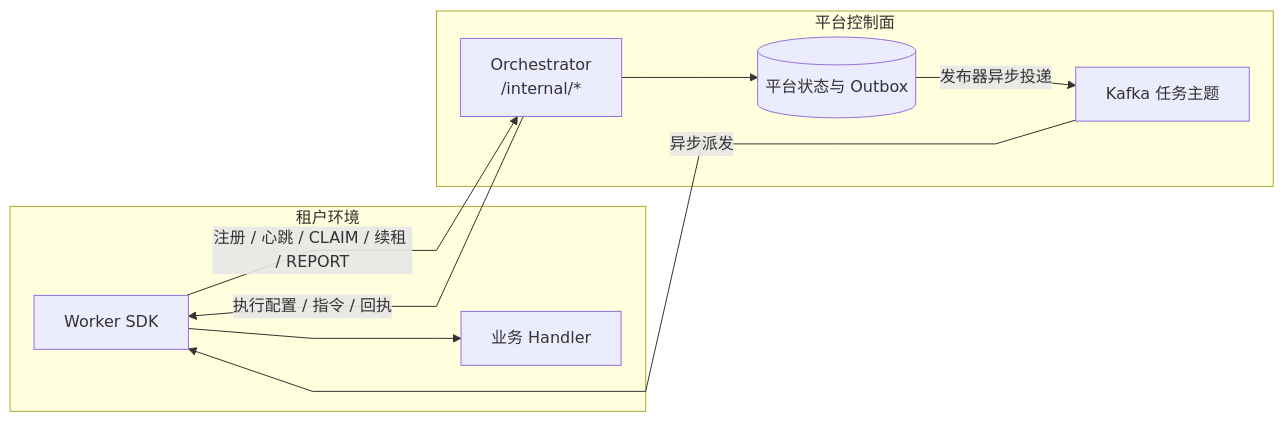
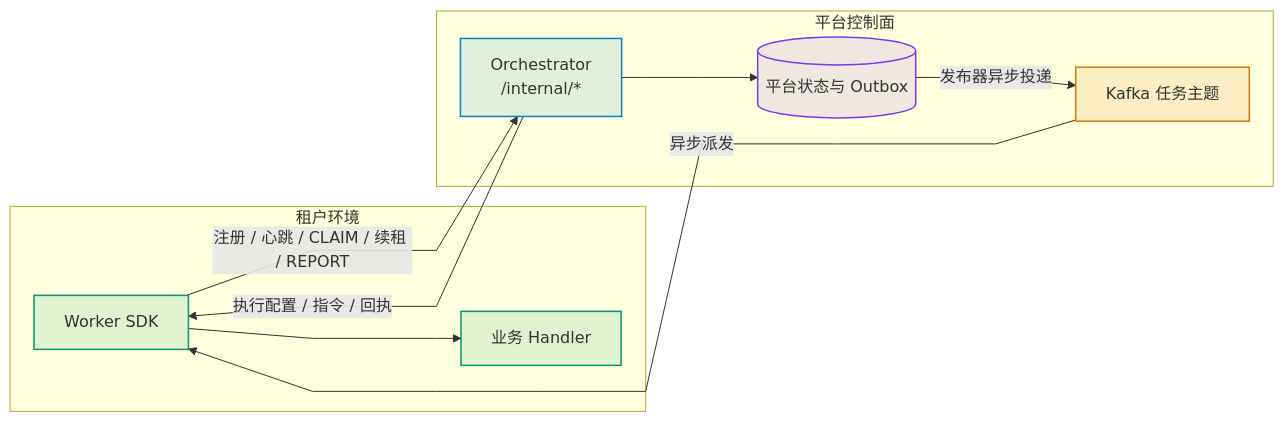
One commit to pinpols/file-batch-system changed the diagram in docs/sdk/wire-protocol.md. Above: the diagram before and after it, drawn with Mermaid. The commit also changed 34 other files, not shown here.

First line of the commit message:
docs(diagram): 完成 P3 Mermaid 图样式收口并补充制图规范 (#1390)

````diff
--- a/docs/sdk/wire-protocol.md
+++ b/docs/sdk/wire-protocol.md
@@ -12,14 +12,19 @@
 ```mermaid
 %%{init: {"flowchart":{"curve":"linear","nodeSpacing":32,"rankSpacing":48},"sequence":{"mirrorActors":false}}}%%
 flowchart LR
   subgraph Tenant["租户环境"]
-    SDK["Worker SDK"] --> Handler["业务 Handler"]
+    SDK["Worker SDK"]:::worker --> Handler["业务 Handler"]:::worker
   end
   subgraph Platform["平台控制面"]
-    API["Orchestrator<br/>/internal/*"] --> State[("平台状态与 Outbox")]
-    State -->|"发布器异步投递"| Kafka["Kafka 任务主题"]
+    API["Orchestrator<br/>/internal/*"]:::control --> State[("平台状态与 Outbox")]:::store
+    State -->|"发布器异步投递"| Kafka["Kafka 任务主题"]:::mq
   end
   SDK -->|"注册 / 心跳 / CLAIM / 续租 / REPORT"| API
   API -->|"执行配置 / 指令 / 回执"| SDK
   Kafka -->|"异步派发"| SDK
+
+  classDef control fill:#0284c71f,stroke:#0284c7,stroke-width:1.5px
+  classDef mq fill:#d977061f,stroke:#d97706,stroke-width:1.5px
+  classDef worker fill:#0596691f,stroke:#059669,stroke-width:1.5px
+  classDef store fill:#7c3aed1f,stroke:#7c3aed,stroke-width:1.5px
 ```
````
